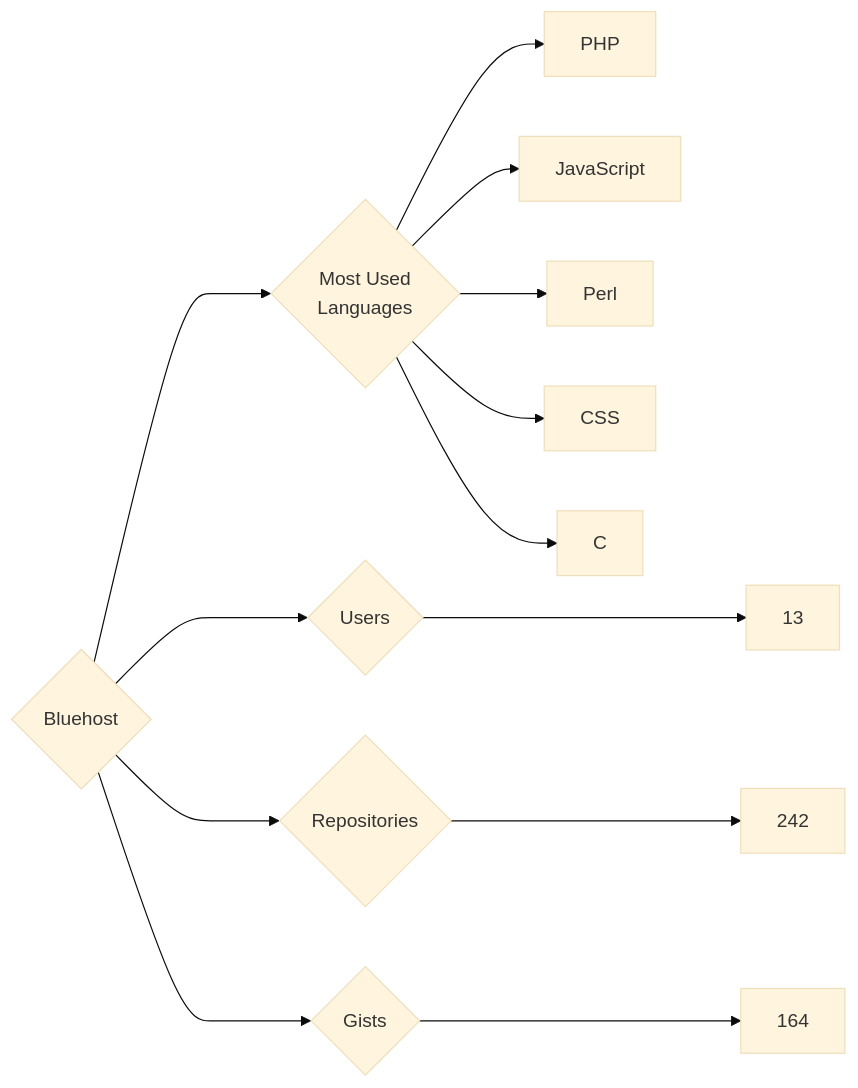
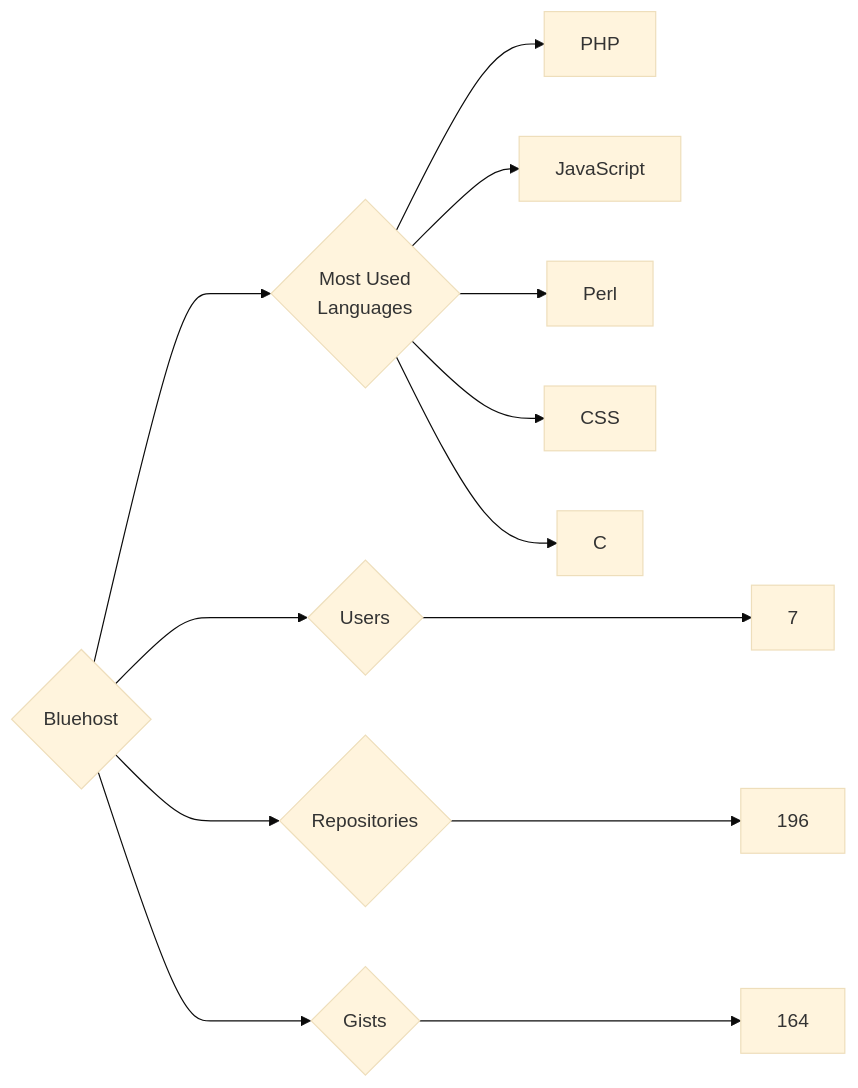
The diagram in targets/Bluehost/README.md (trickest/insiders), drawn with Mermaid (base theme) before and after one commit. The commit also changed 721 other files, not shown here.

````diff
--- a/targets/Bluehost/README.md
+++ b/targets/Bluehost/README.md
@@ -3,13 +3,13 @@
 ```mermaid
 graph LR
 COMPANY_NAME{Bluehost}
-COMPANY_NAME ---> U{Users} ---> UN[13]
-COMPANY_NAME ---> R{Repositories} ---> RN[242]
+COMPANY_NAME ---> U{Users} ---> UN[7]
+COMPANY_NAME ---> R{Repositories} ---> RN[196]
 COMPANY_NAME ---> G{Gists} ---> GN[164]
 COMPANY_NAME ---> ML{Most Used<br>Languages}
 ML --> PHP[PHP]
 ML --> JavaScript[JavaScript]
 ML --> Perl[Perl]
 ML --> CSS[CSS]
 ML --> C[C]
 ```
````
